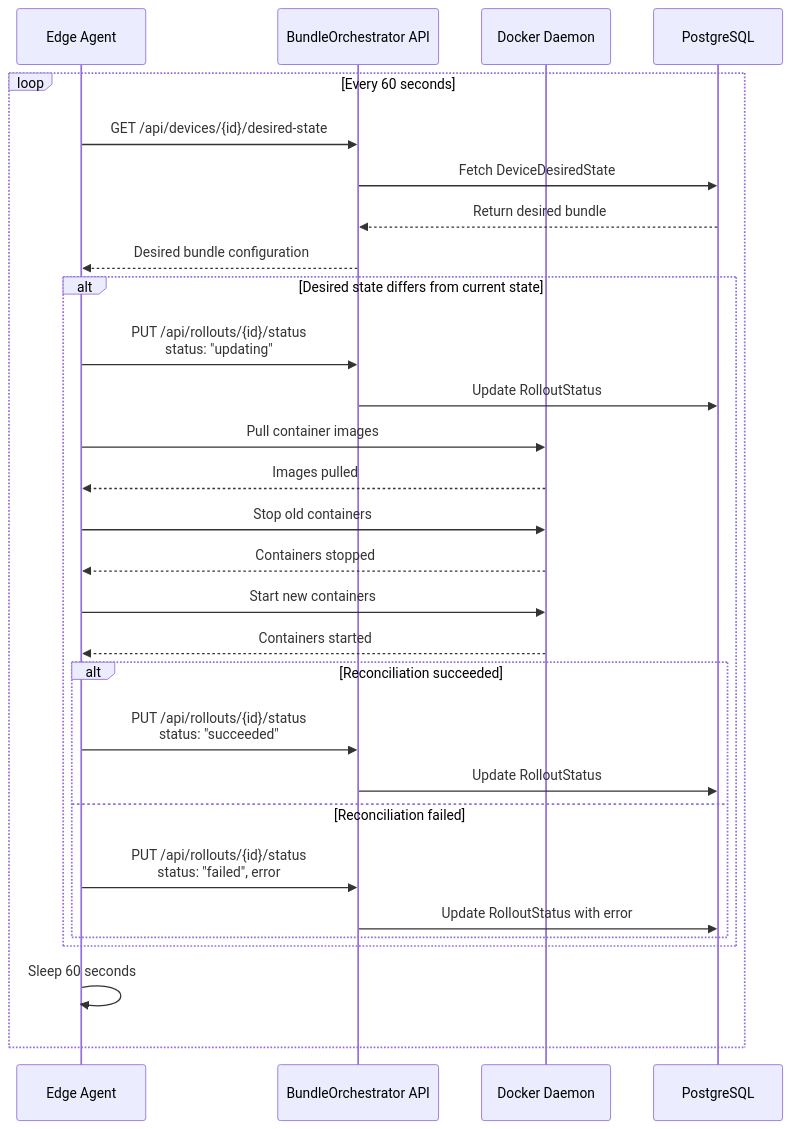
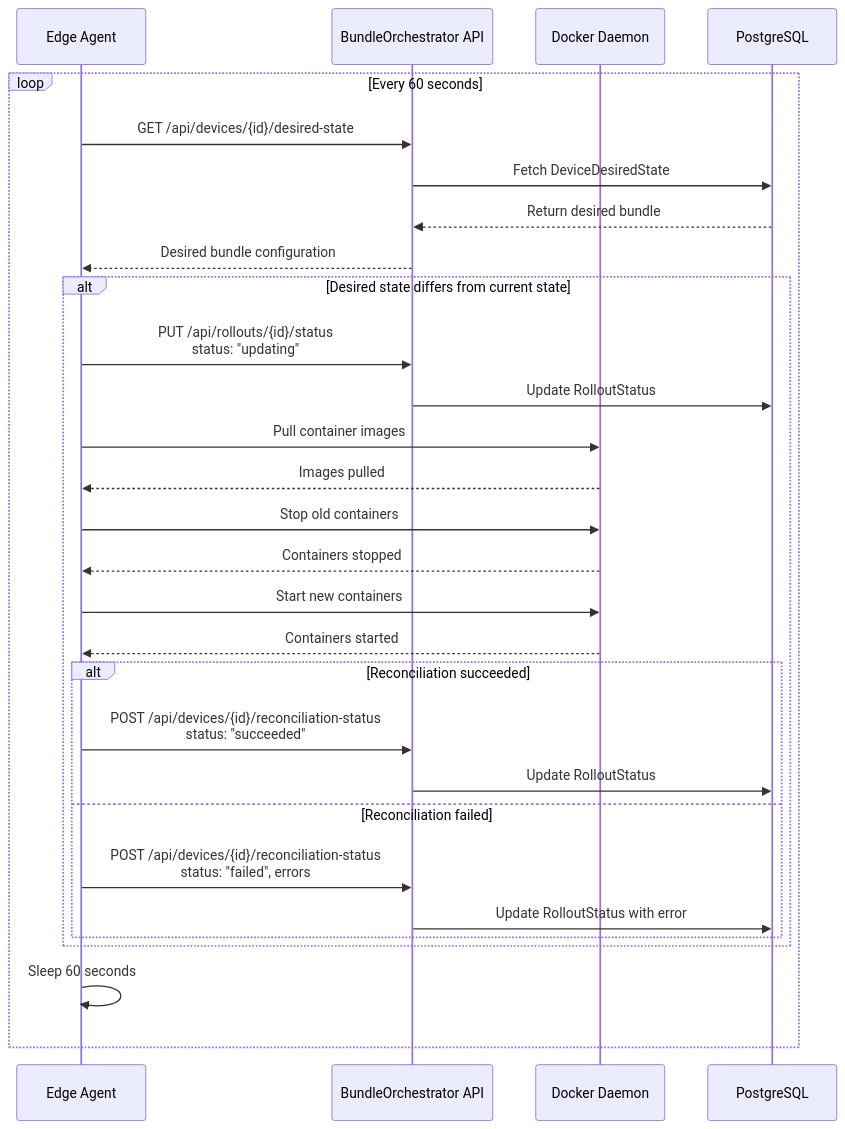
The sixth of 6 diagrams in docs/features/rollouts.md (signalbeam-io/signalbeam-edge), drawn with Mermaid before and after one commit. The commit also changed other lines of this file and 61 other files, not shown here.

````diff
--- a/docs/features/rollouts.md
+++ b/docs/features/rollouts.md
@@ -580,38 +580,38 @@
 ```mermaid
 sequenceDiagram
     participant Agent as Edge Agent
     participant API as BundleOrchestrator API
     participant Docker as Docker Daemon
     participant DB as PostgreSQL
 
     loop Every 60 seconds
         Agent->>API: GET /api/devices/{id}/desired-state
         API->>DB: Fetch DeviceDesiredState
         DB-->>API: Return desired bundle
         API-->>Agent: Desired bundle configuration
 
         alt Desired state differs from current state
             Agent->>API: PUT /api/rollouts/{id}/status<br/>status: "updating"
             API->>DB: Update RolloutStatus
 
             Agent->>Docker: Pull container images
             Docker-->>Agent: Images pulled
 
             Agent->>Docker: Stop old containers
             Docker-->>Agent: Containers stopped
 
             Agent->>Docker: Start new containers
             Docker-->>Agent: Containers started
 
             alt Reconciliation succeeded
-                Agent->>API: PUT /api/rollouts/{id}/status<br/>status: "succeeded"
+                Agent->>API: POST /api/devices/{id}/reconciliation-status<br/>status: "succeeded"
                 API->>DB: Update RolloutStatus
             else Reconciliation failed
-                Agent->>API: PUT /api/rollouts/{id}/status<br/>status: "failed", error
+                Agent->>API: POST /api/devices/{id}/reconciliation-status<br/>status: "failed", errors
                 API->>DB: Update RolloutStatus with error
             end
         end
 
         Agent->>Agent: Sleep 60 seconds
     end
 ```
````
